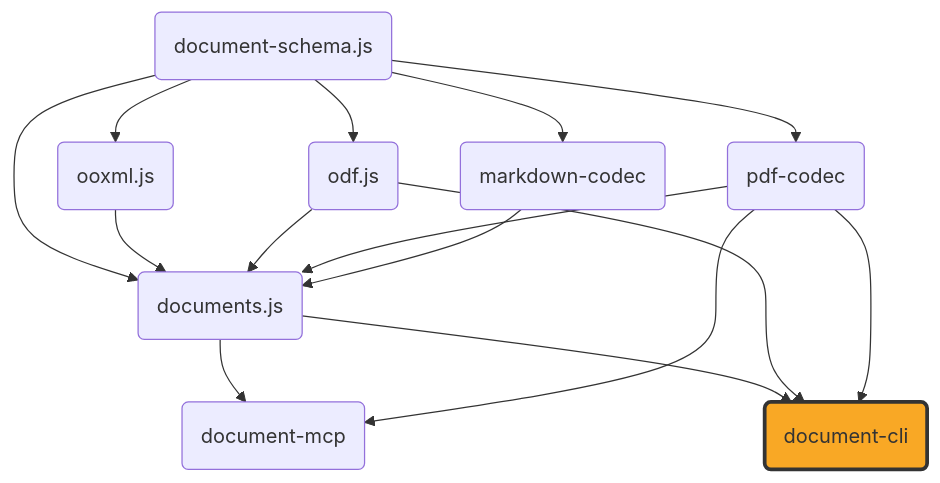
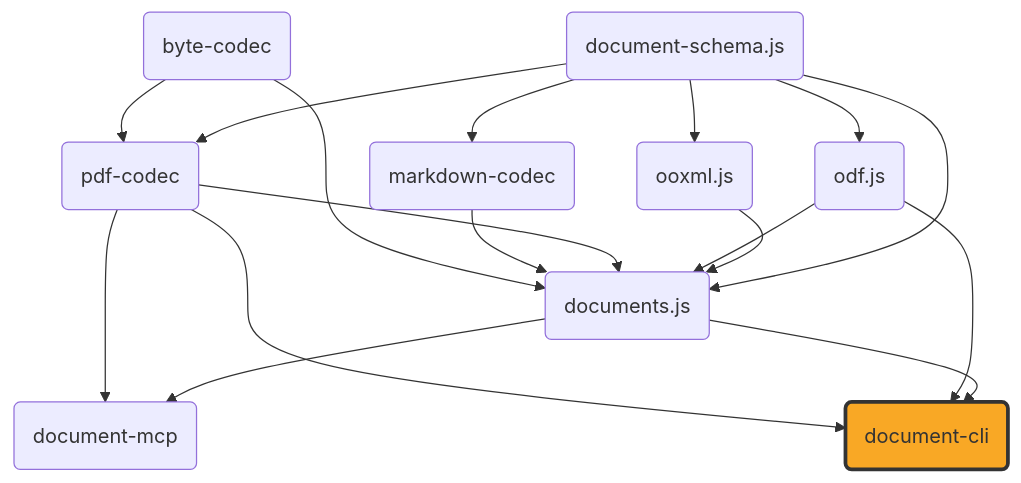
Before and after one commit to ExaDev/document-cli: the diagram in README.md, drawn with Mermaid.

Commit message:
docs: add byte-codec to the dependency graph
byte-codec is a real node in the family (pdf-codec and documents.js
both depend on it) but was missing from the diagram.

````diff
--- a/README.md
+++ b/README.md
@@ -9,37 +9,41 @@
 ```mermaid
 graph TD
     schema("document-schema.js")
     ooxml("ooxml.js")
     odf("odf.js")
     pdfcodec("pdf-codec")
     mdcodec("markdown-codec")
+    bytecodec("byte-codec")
     documents("documents.js")
     mcp("document-mcp")
     cli("document-cli")
 
     schema --> ooxml
     schema --> odf
     schema --> pdfcodec
     schema --> mdcodec
     schema --> documents
     ooxml --> documents
     odf --> documents
     pdfcodec --> documents
     mdcodec --> documents
+    bytecodec --> pdfcodec
+    bytecodec --> documents
     documents --> mcp
     pdfcodec --> mcp
     documents --> cli
     odf --> cli
     pdfcodec --> cli
 
     click schema "https://github.com/ExaDev/document-schema.js" "document-schema.js"
     click ooxml "https://github.com/ExaDev/ooxml.js" "ooxml.js"
     click odf "https://github.com/ExaDev/odf.js" "odf.js"
     click pdfcodec "https://github.com/ExaDev/pdf-codec" "pdf-codec"
     click mdcodec "https://github.com/ExaDev/markdown-codec" "markdown-codec"
+    click bytecodec "https://github.com/ExaDev/byte-codec" "byte-codec"
     click documents "https://github.com/ExaDev/documents.js" "documents.js"
     click mcp "https://github.com/ExaDev/document-mcp" "document-mcp"
     click cli "https://github.com/ExaDev/document-cli" "document-cli"
 
     style cli fill:#f9a825,stroke:#333,stroke-width:3px
 ```
````
